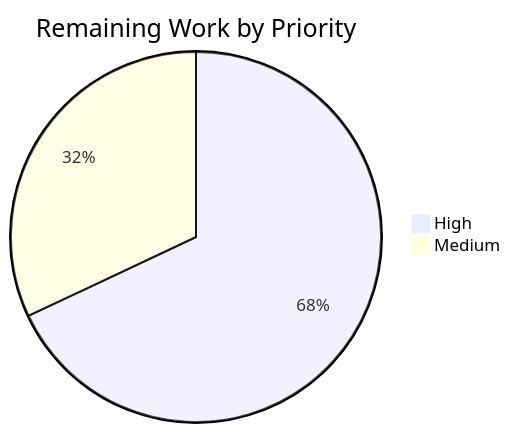
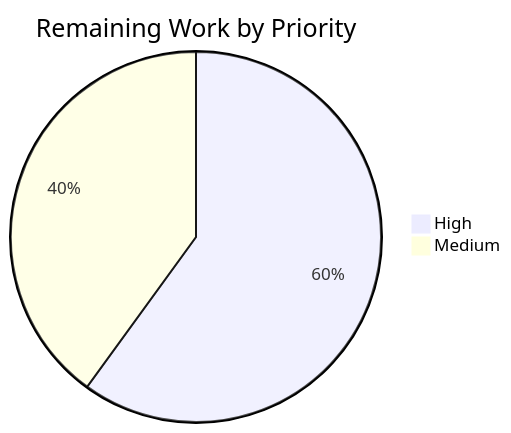
Before and after one commit to irinakwulf/GHNewRepoIW: the third of 4 diagrams in blitzy/documentation/Project Guide - 2c10a9d6-37fb-4cf2-88dc-b99d3a54c7d8.md, drawn with Mermaid. The commit also changed other lines of this file, not shown here.

````diff
--- a/blitzy/documentation/Project Guide - 2c10a9d6-37fb-4cf2-88dc-b99d3a54c7d8.md
+++ b/blitzy/documentation/Project Guide - 2c10a9d6-37fb-4cf2-88dc-b99d3a54c7d8.md
@@ -204,5 +208,5 @@
 ```mermaid
 pie title Remaining Work by Priority
-    "High" : 17
-    "Medium" : 8
+    "High" : 15
+    "Medium" : 10
 ```
````
